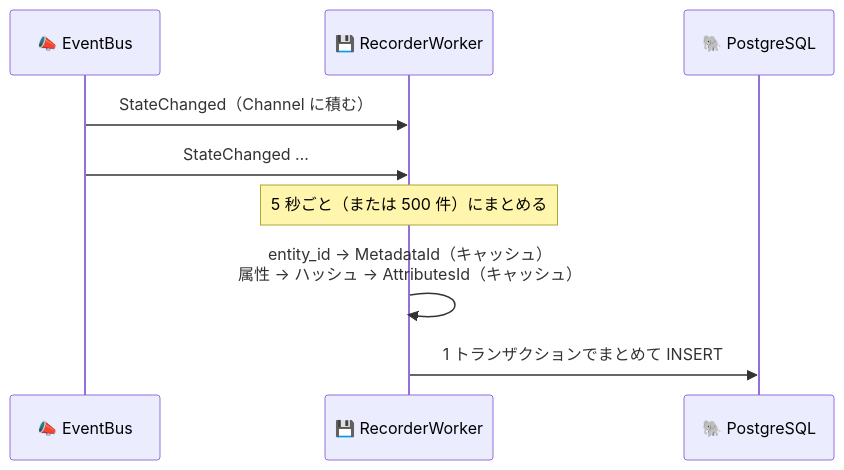
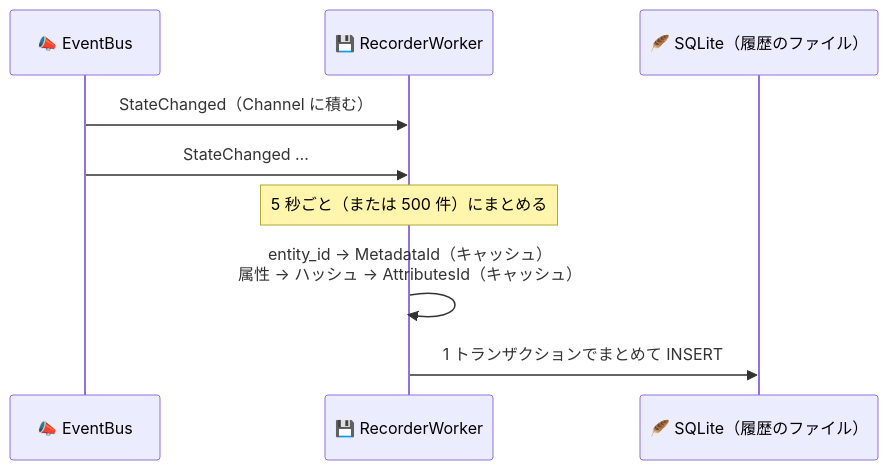
Before and after one commit to usausa/home-manager: the fourth of 5 diagrams in docs/09-db-design.md, drawn with Mermaid. The commit also changed other lines of this file and 61 other files, not shown here.

````diff
--- a/docs/09-db-design.md
+++ b/docs/09-db-design.md
@@ -553,11 +548,11 @@
 ```mermaid
 sequenceDiagram
     participant BUS as 📣 EventBus
     participant RW as 💾 RecorderWorker
-    participant DB as 🐘 PostgreSQL
+    participant DB as 🪶 SQLite（履歴のファイル）
     BUS->>RW: StateChanged（Channel に積む）
     BUS->>RW: StateChanged …
     Note over RW: 5 秒ごと（または 500 件）にまとめる
     RW->>RW: entity_id → MetadataId（キャッシュ）<br/>属性 → ハッシュ → AttributesId（キャッシュ）
     RW->>DB: 1 トランザクションでまとめて INSERT
 ```
````
